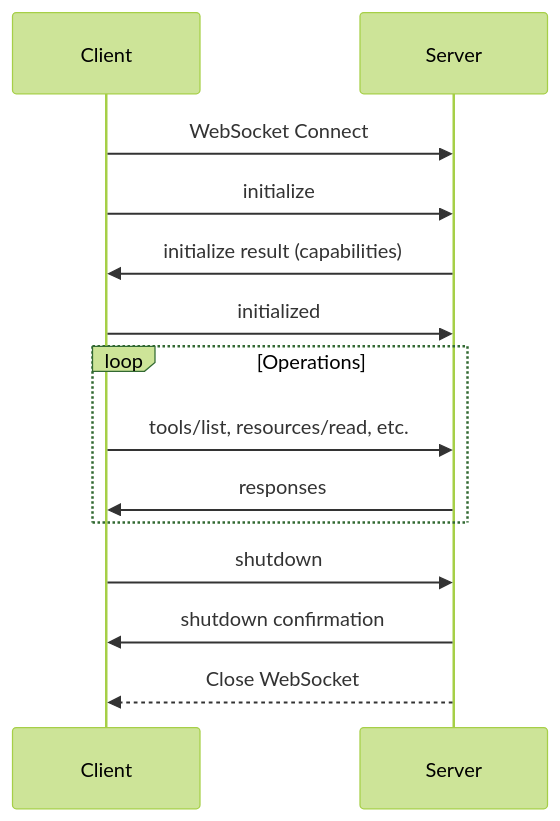
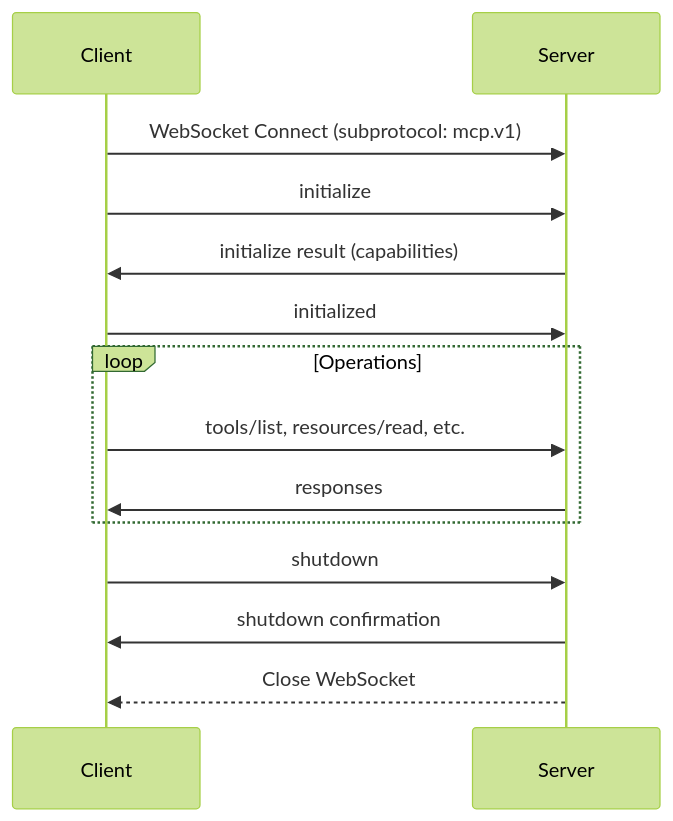
The diagram in docs/MCP_PROTOCOL.md (smartramana/developer-mesh), drawn with Mermaid (forest theme) before and after one commit. The commit also changed other lines of this file and 10 other files, not shown here.

````diff
--- a/docs/MCP_PROTOCOL.md
+++ b/docs/MCP_PROTOCOL.md
@@ -17,17 +19,17 @@
 ```mermaid
 sequenceDiagram
     participant Client
     participant Server
     
-    Client->>Server: WebSocket Connect
+    Client->>Server: WebSocket Connect (subprotocol: mcp.v1)
     Client->>Server: initialize
     Server->>Client: initialize result (capabilities)
     Client->>Server: initialized
     loop Operations
         Client->>Server: tools/list, resources/read, etc.
         Server->>Client: responses
     end
     Client->>Server: shutdown
     Server->>Client: shutdown confirmation
     Server-->>Client: Close WebSocket
 ```
````
